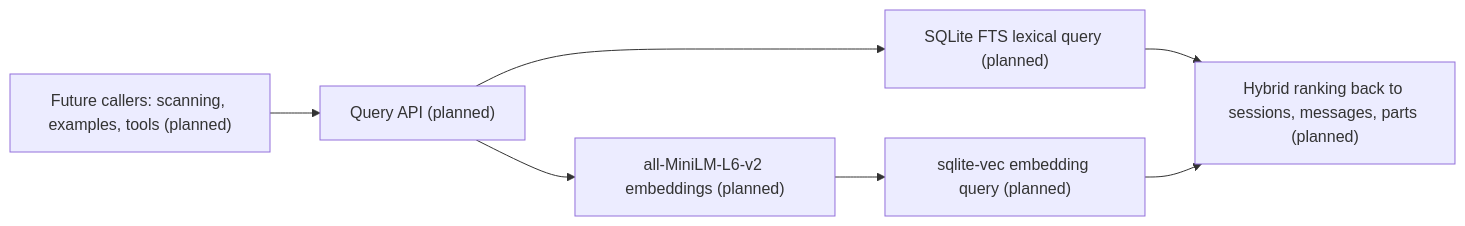
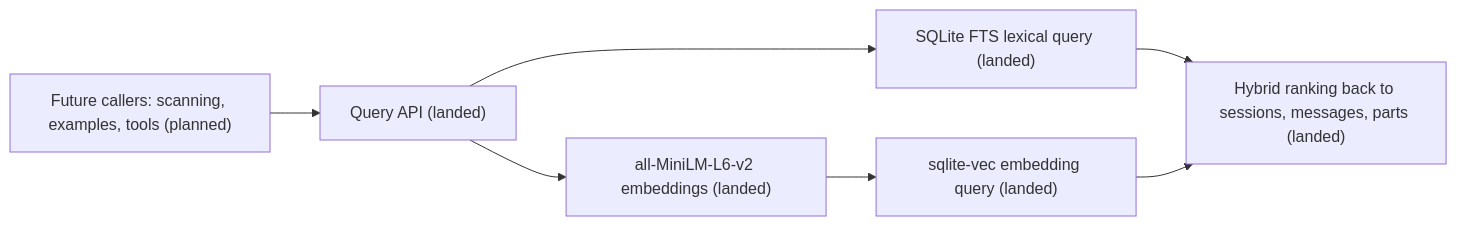
Before and after one commit to AnthusAI/BotSpy: the fourth of 4 diagrams in docs/DESIGN.md, drawn with Mermaid. The commit also changed other lines of this file and 4 other files, not shown here.

````diff
--- a/docs/DESIGN.md
+++ b/docs/DESIGN.md
@@ -311,16 +322,16 @@
 ```mermaid
 flowchart LR
     CALLERS["Future callers: scanning, examples, tools (planned)"]
-    API["Query API (planned)"]
-    LEX["SQLite FTS lexical query (planned)"]
-    VEC["sqlite-vec embedding query (planned)"]
-    MODEL["all-MiniLM-L6-v2 embeddings (planned)"]
-    RANK["Hybrid ranking back to sessions, messages, parts (planned)"]
+    API["Query API (landed)"]
+    LEX["SQLite FTS lexical query (landed)"]
+    VEC["sqlite-vec embedding query (landed)"]
+    MODEL["all-MiniLM-L6-v2 embeddings (landed)"]
+    RANK["Hybrid ranking back to sessions, messages, parts (landed)"]
 
     CALLERS --> API
     API --> LEX
     API --> MODEL
     MODEL --> VEC
     LEX --> RANK
     VEC --> RANK
 ```
````
